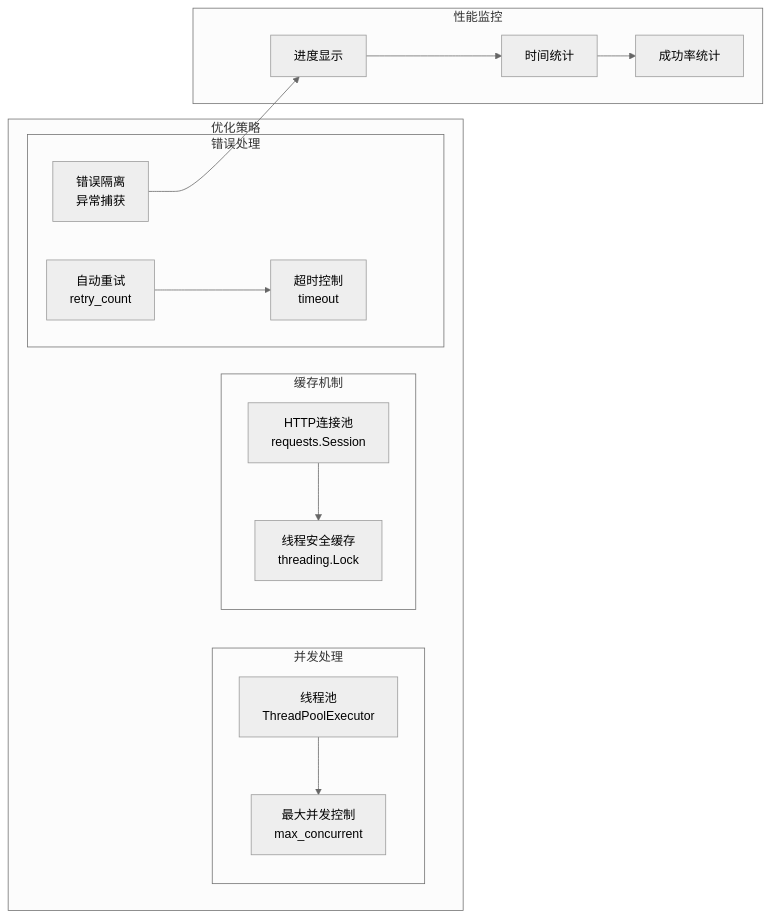
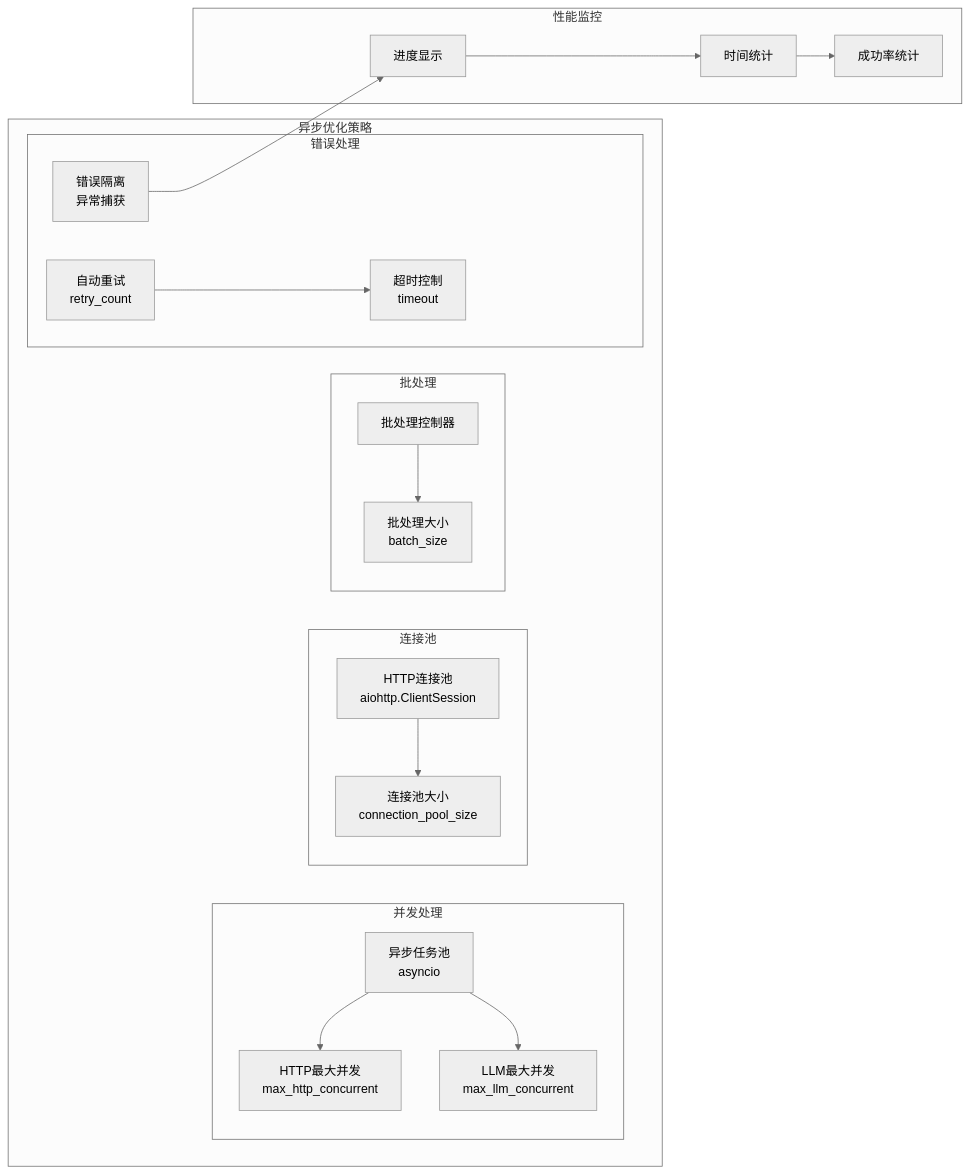
The fifth of 7 diagrams in ARCHITECTURE.md (manba024/XPathTool), drawn with Mermaid (neutral theme) before and after one commit. The commit also changed other lines of this file and 28 other files, not shown here.

````diff
--- a/ARCHITECTURE.md
+++ b/ARCHITECTURE.md
@@ -164,33 +171,41 @@
 ```mermaid
 graph LR
-    subgraph "优化策略"
+    subgraph "异步优化策略"
         subgraph "并发处理"
-            TP[线程池<br/>ThreadPoolExecutor]
-            MC[最大并发控制<br/>max_concurrent]
+            AT[异步任务池<br/>asyncio]
+            MHC[HTTP最大并发<br/>max_http_concurrent]
+            MLC[LLM最大并发<br/>max_llm_concurrent]
         end
         
-        subgraph "缓存机制"
-            HC[HTTP连接池<br/>requests.Session]
-            TC[线程安全缓存<br/>threading.Lock]
+        subgraph "连接池"
+            HCP[HTTP连接池<br/>aiohttp.ClientSession]
+            CSP[连接池大小<br/>connection_pool_size]
+        end
+        
+        subgraph "批处理"
+            BS[批处理大小<br/>batch_size]
+            BC[批处理控制器]
         end
         
         subgraph "错误处理"
             RT[自动重试<br/>retry_count]
             TO[超时控制<br/>timeout]
             EH[错误隔离<br/>异常捕获]
         end
     end
     
     subgraph "性能监控"
         PS[进度显示]
         TS[时间统计]
         RS[成功率统计]
     end
     
-    TP --> MC
-    HC --> TC
+    AT --> MHC
+    AT --> MLC
+    HCP --> CSP
+    BC --> BS
     RT --> TO
     EH --> PS
     PS --> TS
     TS --> RS
 ```
````
